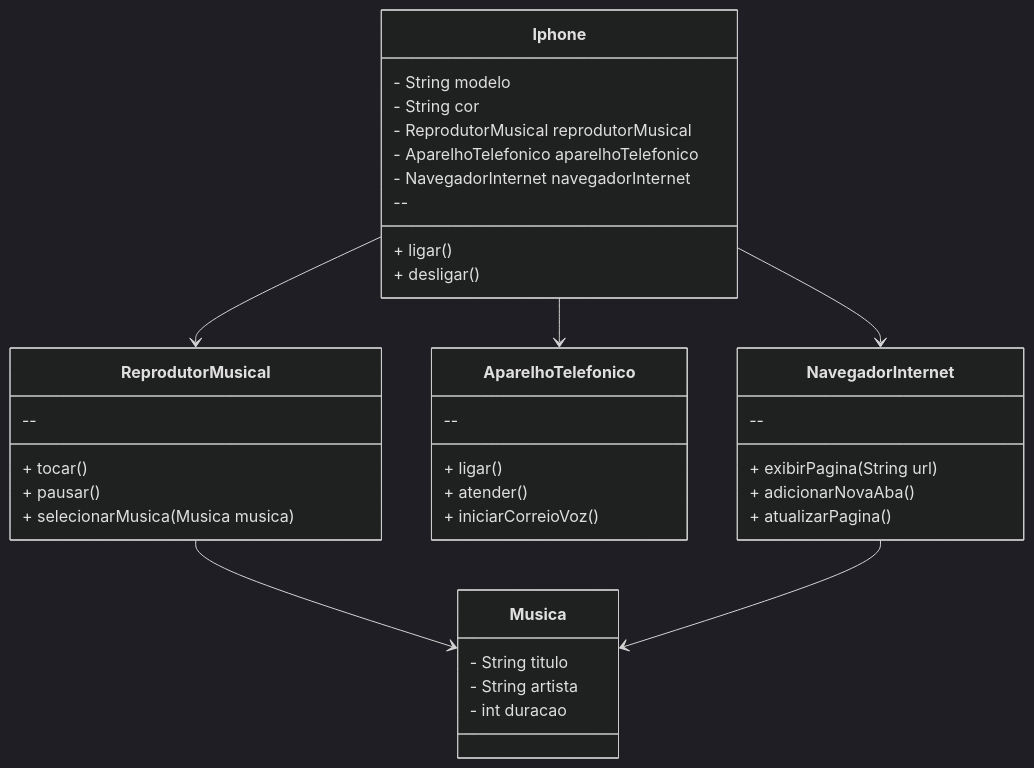
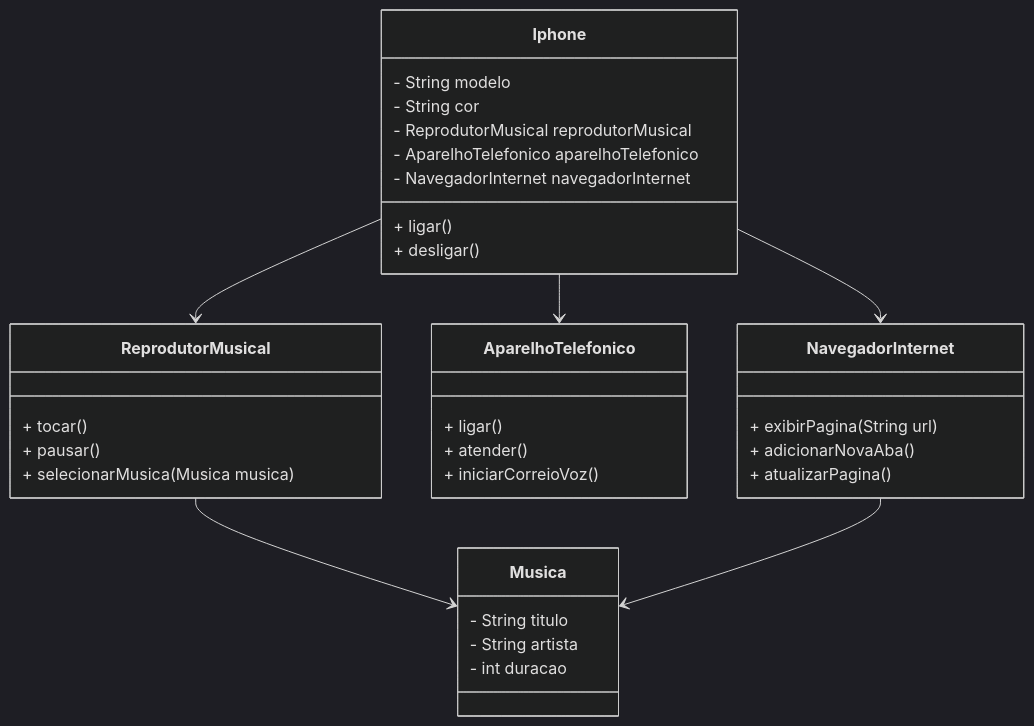
Before and after one commit to cledilson-devcode/diagrama-iphone: the diagram in README.md, drawn with Mermaid (dark theme).

````diff
--- a/README.md
+++ b/README.md
@@ -7,46 +7,42 @@
 ```mermaid
 classDiagram
     class Iphone {
         - String modelo
         - String cor
         - ReprodutorMusical reprodutorMusical
         - AparelhoTelefonico aparelhoTelefonico
         - NavegadorInternet navegadorInternet
-        --
         + ligar()
         + desligar()
     }
 
     class ReprodutorMusical {
-        --
         + tocar()
         + pausar()
         + selecionarMusica(Musica musica)
     }
 
     class AparelhoTelefonico {
-        --
         + ligar()
         + atender()
         + iniciarCorreioVoz()
     }
 
     class NavegadorInternet {
-        --
         + exibirPagina(String url)
         + adicionarNovaAba()
         + atualizarPagina()
     }
 
     class Musica {
         - String titulo
         - String artista
         - int duracao
     }
 
     Iphone --> ReprodutorMusical
     Iphone --> AparelhoTelefonico
     Iphone --> NavegadorInternet
     ReprodutorMusical --> Musica
     NavegadorInternet --> Musica
 ```
````
